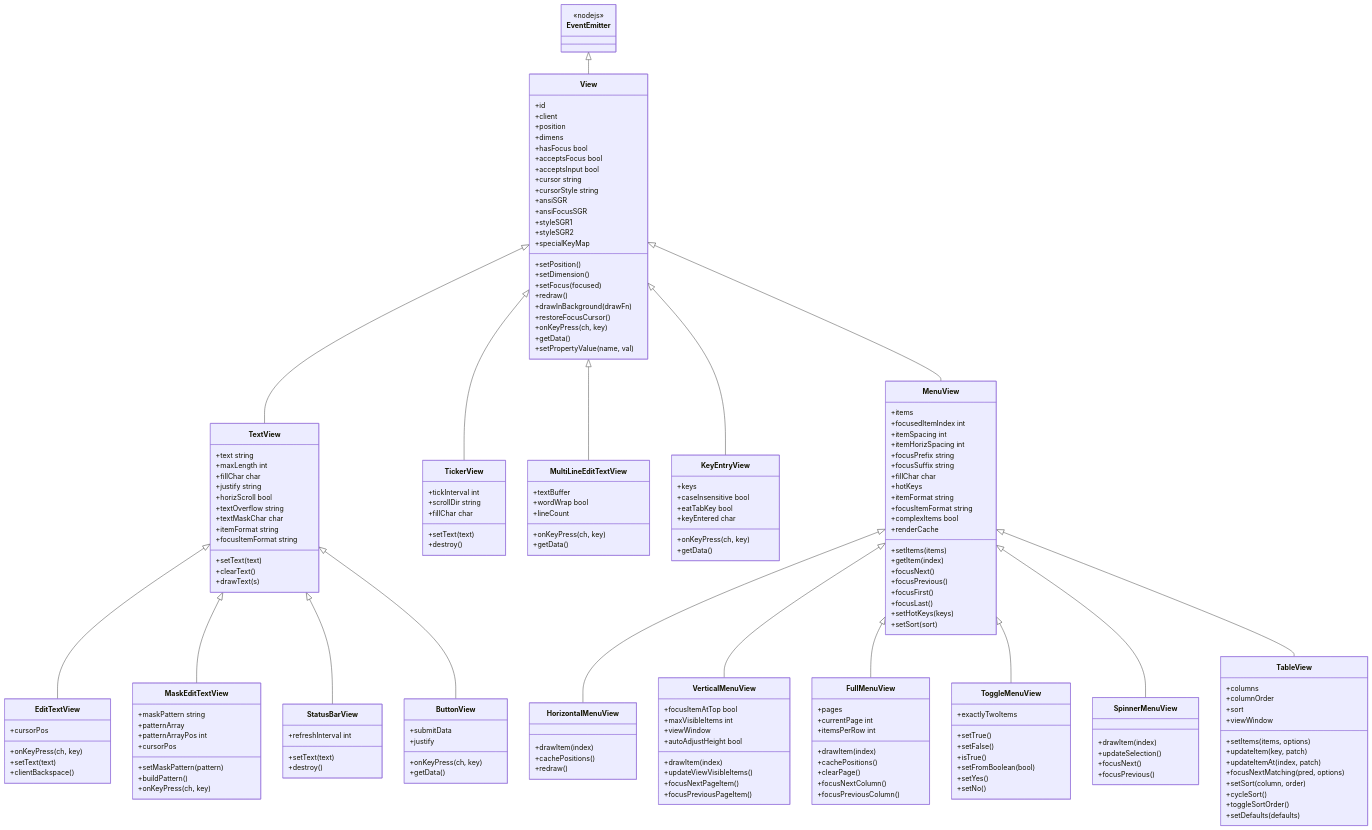
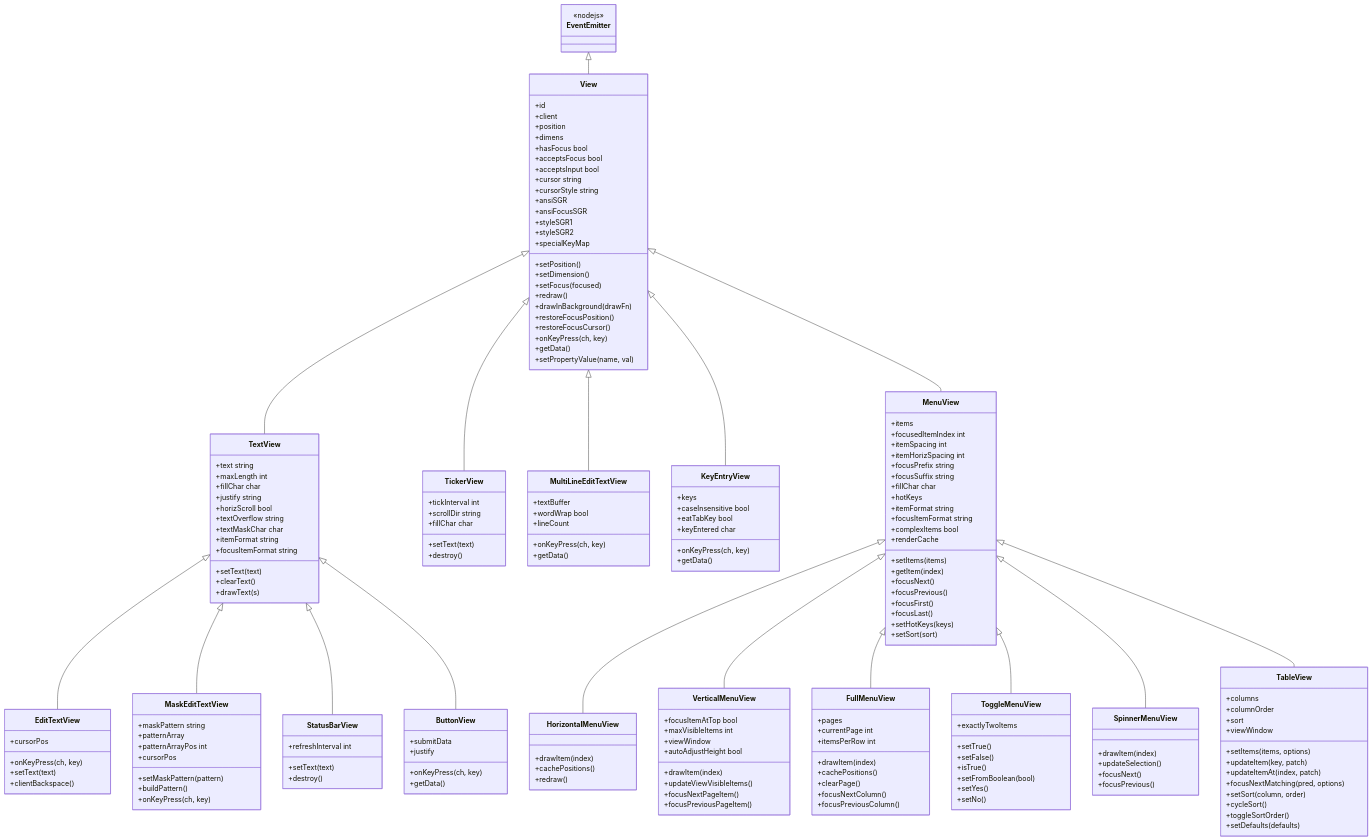
One commit to NuSkooler/enigma-bbs changed the diagram in website/src/content/docs/art/views/views.md. Above: the diagram before and after it, drawn with Mermaid. The commit also changed other lines of this file and 7 other files, not shown here.

```diff
--- a/website/src/content/docs/art/views/views.md
+++ b/website/src/content/docs/art/views/views.md
@@ -169,6 +169,7 @@
         +setFocus(focused)
         +redraw()
         +drawInBackground(drawFn)
+        +restoreFocusPosition()
         +restoreFocusCursor()
         +onKeyPress(ch, key)
         +getData()
```
